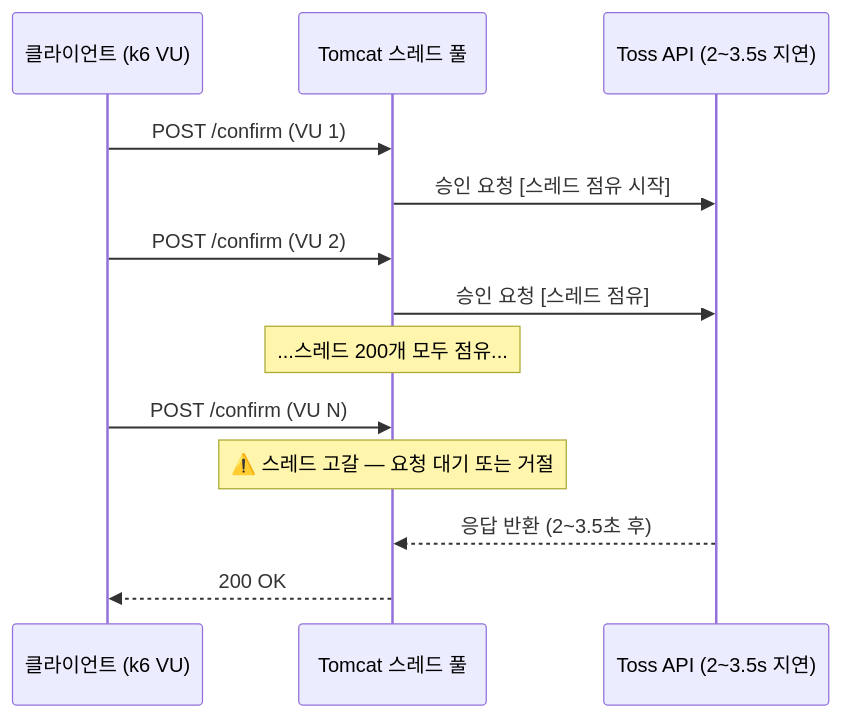
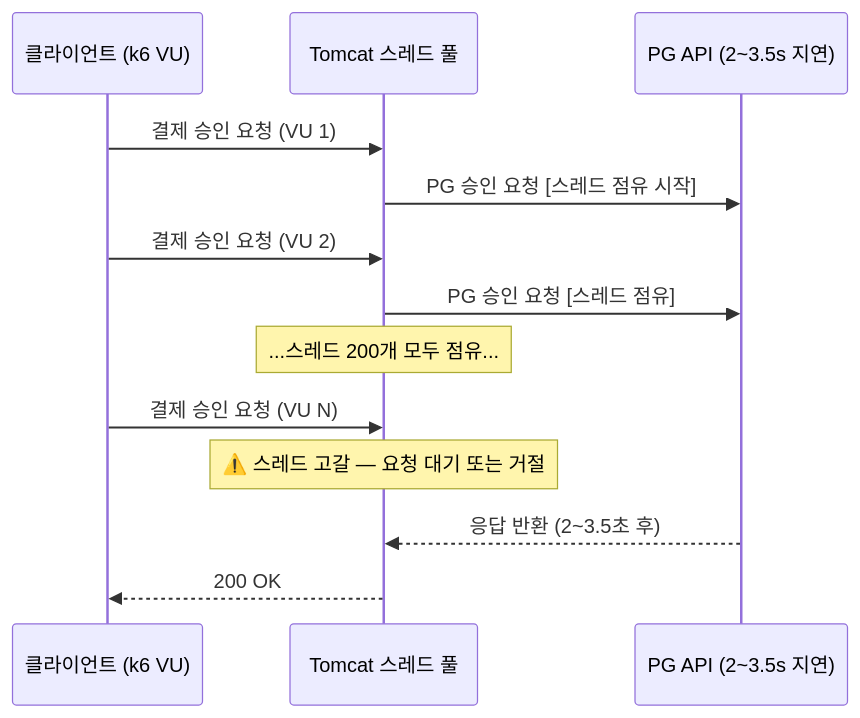
The second of 8 diagrams in src/content/docs/blog/async-payment-flow.md (hyoguoo/hyoguoo.github.io), drawn with Mermaid before and after one commit. The commit also changed other lines of this file and 1 other file, not shown here.

````diff
--- a/src/content/docs/blog/async-payment-flow.md
+++ b/src/content/docs/blog/async-payment-flow.md
@@ -110,15 +113,15 @@
 ```mermaid
 sequenceDiagram
     participant Client as 클라이언트 (k6 VU)
     participant Tomcat as Tomcat 스레드 풀
-    participant TossAPI as Toss API (2~3.5s 지연)
-    Client ->> Tomcat: POST /confirm (VU 1)
-    Tomcat ->> TossAPI: 승인 요청 [스레드 점유 시작]
-    Client ->> Tomcat: POST /confirm (VU 2)
-    Tomcat ->> TossAPI: 승인 요청 [스레드 점유]
+    participant PG as PG API (2~3.5s 지연)
+    Client ->> Tomcat: 결제 승인 요청 (VU 1)
+    Tomcat ->> PG: PG 승인 요청 [스레드 점유 시작]
+    Client ->> Tomcat: 결제 승인 요청 (VU 2)
+    Tomcat ->> PG: PG 승인 요청 [스레드 점유]
     Note over Tomcat: ...스레드 200개 모두 점유...
-    Client ->> Tomcat: POST /confirm (VU N)
+    Client ->> Tomcat: 결제 승인 요청 (VU N)
     Note over Tomcat: ⚠️ 스레드 고갈 — 요청 대기 또는 거절
-    TossAPI -->> Tomcat: 응답 반환 (2~3.5초 후)
+    PG -->> Tomcat: 응답 반환 (2~3.5초 후)
     Tomcat -->> Client: 200 OK
 ```
````
